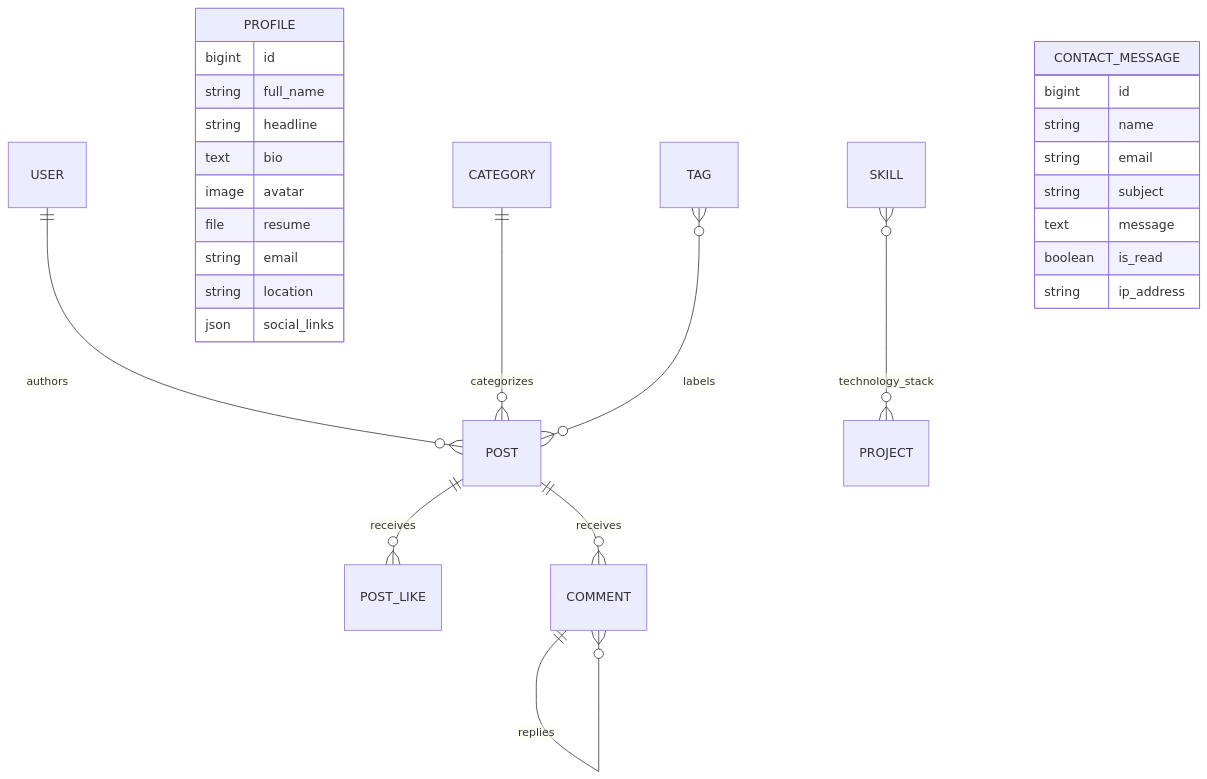
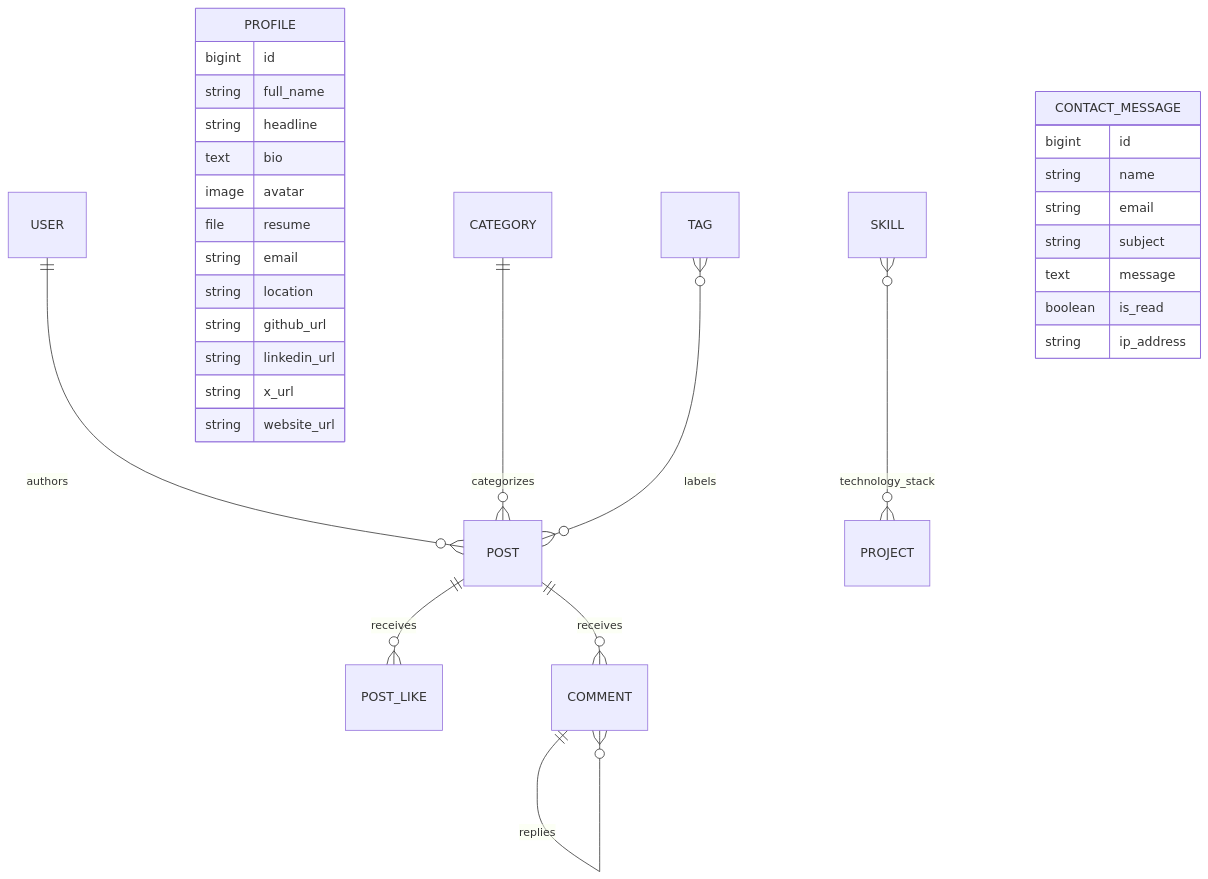
Before and after one commit to wasifibnharun/portfolio-backend: the diagram in README.md, drawn with Mermaid. The commit also changed other lines of this file and 2 other files, not shown here.

````diff
--- a/README.md
+++ b/README.md
@@ -486,30 +494,33 @@
 ```mermaid
 erDiagram
     USER ||--o{ POST : authors
     PROFILE {
         bigint id
         string full_name
         string headline
         text bio
         image avatar
         file resume
         string email
         string location
-        json social_links
+        string github_url
+        string linkedin_url
+        string x_url
+        string website_url
     }
     SKILL }o--o{ PROJECT : technology_stack
     CATEGORY ||--o{ POST : categorizes
     TAG }o--o{ POST : labels
     POST ||--o{ POST_LIKE : receives
     POST ||--o{ COMMENT : receives
     COMMENT ||--o{ COMMENT : replies
     CONTACT_MESSAGE {
         bigint id
         string name
         string email
         string subject
         text message
         boolean is_read
         string ip_address
     }
 ```
````
